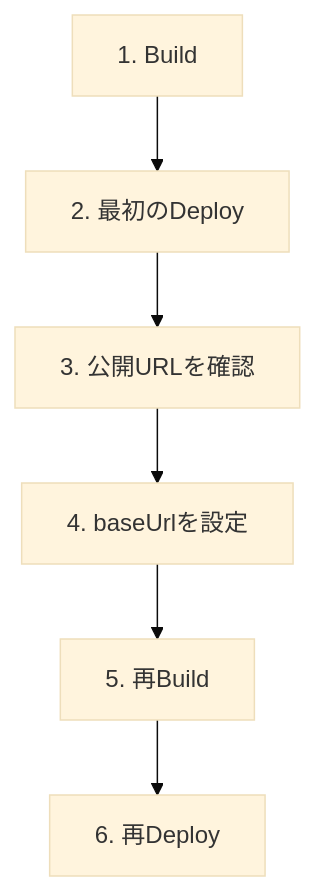
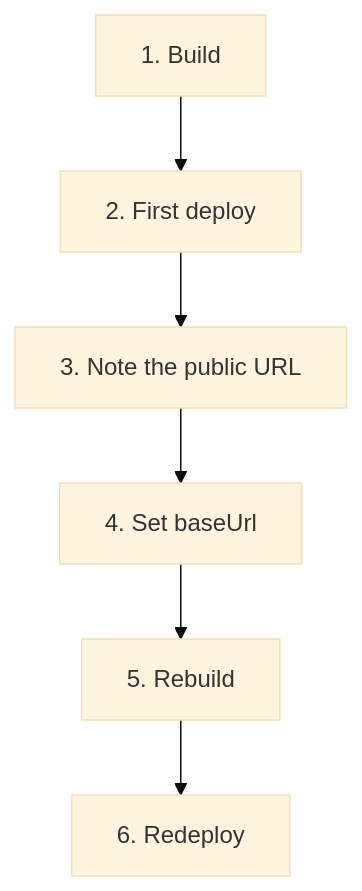
The third of 6 diagrams in docs/docs/guides/deployment/cloudflare-workers.md (Rerurate514/riebeckite), drawn with Mermaid (base theme) before and after one commit. The commit also changed other lines of this file and 604 other files, not shown here.

````diff
--- a/docs/docs/guides/deployment/cloudflare-workers.md
+++ b/docs/docs/guides/deployment/cloudflare-workers.md
@@ -211,15 +155,15 @@
 ```mermaid
 flowchart TD
     FirstBuild["1. Build"]
-    FirstDeploy["2. 最初のDeploy"]
-    URL["3. 公開URLを確認"]
-    BaseUrl["4. baseUrlを設定"]
-    SecondBuild["5. 再Build"]
-    SecondDeploy["6. 再Deploy"]
+    FirstDeploy["2. First deploy"]
+    URL["3. Note the public URL"]
+    BaseUrl["4. Set baseUrl"]
+    SecondBuild["5. Rebuild"]
+    SecondDeploy["6. Redeploy"]
 
     FirstBuild --> FirstDeploy
     FirstDeploy --> URL
     URL --> BaseUrl
     BaseUrl --> SecondBuild
     SecondBuild --> SecondDeploy
 ```
````
